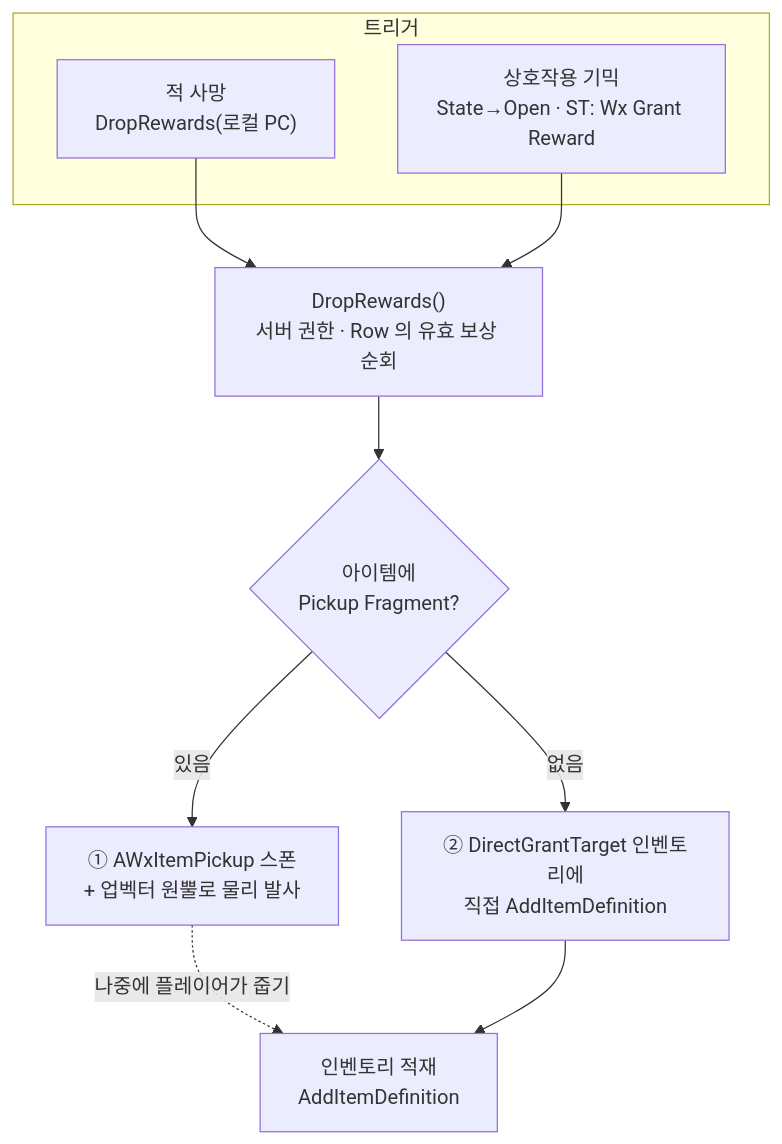
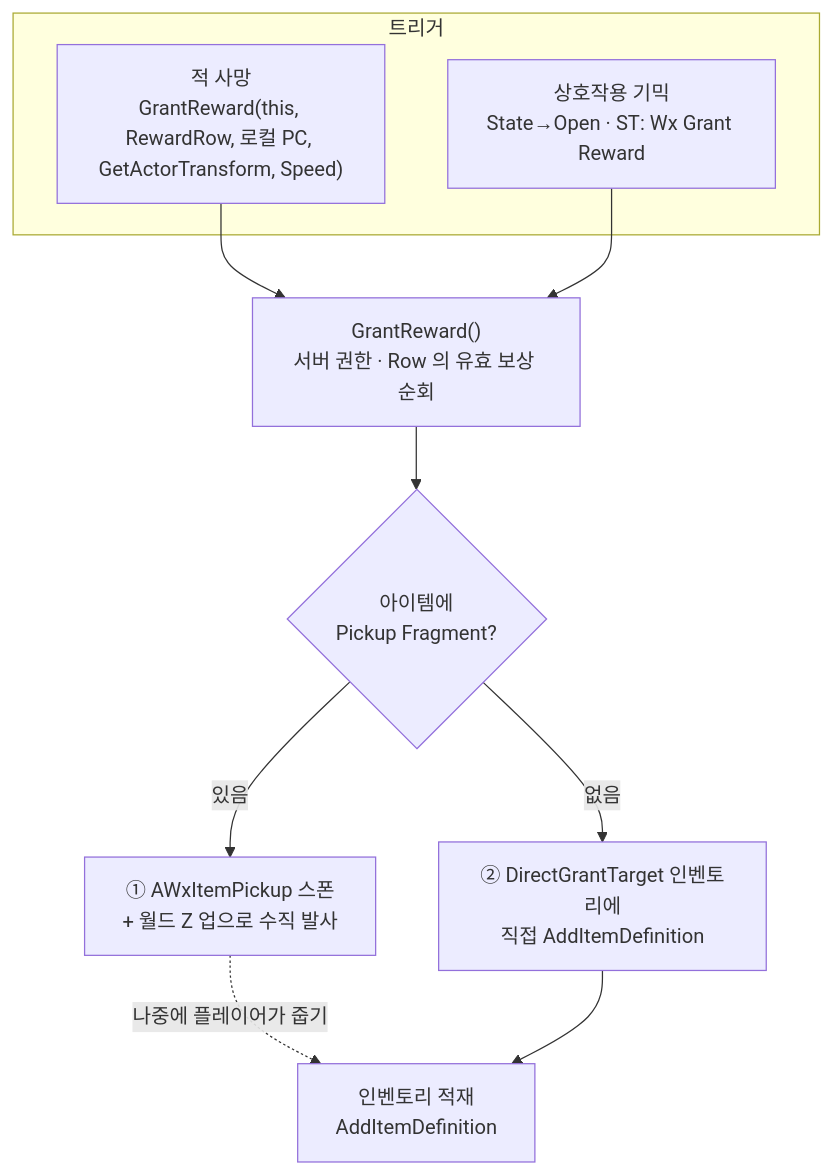
The first of 3 diagrams in Docs/Programmer/Reward_Grant_Flow.md (Woogl/ProjectWx), drawn with Mermaid before and after one commit. The commit also changed other lines of this file and 13 other files, not shown here.

````diff
--- a/Docs/Programmer/Reward_Grant_Flow.md
+++ b/Docs/Programmer/Reward_Grant_Flow.md
@@ -21,19 +21,19 @@
 ```mermaid
 flowchart TD
     subgraph 트리거
-        Death["적 사망<br/>DropRewards(로컬 PC)"]
+        Death["적 사망<br/>GrantReward(this, RewardRow, 로컬 PC, GetActorTransform, Speed)"]
         Interact["상호작용 기믹<br/>State→Open · ST: Wx Grant Reward"]
     end
 
-    Death --> Drop
-    Interact --> Drop
+    Death --> Grant
+    Interact --> Grant
 
-    Drop["DropRewards()<br/>서버 권한 · Row 의 유효 보상 순회"]
-    Drop --> Q{"아이템에<br/>Pickup Fragment?"}
+    Grant["GrantReward()<br/>서버 권한 · Row 의 유효 보상 순회"]
+    Grant --> Q{"아이템에<br/>Pickup Fragment?"}
 
-    Q -- 있음 --> Spawn["① AWxItemPickup 스폰<br/>+ 업벡터 원뿔로 물리 발사"]
-    Q -- 없음 --> Grant["② DirectGrantTarget 인벤토리에<br/>직접 AddItemDefinition"]
+    Q -- 있음 --> Spawn["① AWxItemPickup 스폰<br/>+ 월드 Z 업으로 수직 발사"]
+    Q -- 없음 --> Direct["② DirectGrantTarget 인벤토리에<br/>직접 AddItemDefinition"]
 
     Spawn -. 나중에 플레이어가 줍기 .-> Add
-    Grant --> Add["인벤토리 적재<br/>AddItemDefinition"]
+    Direct --> Add["인벤토리 적재<br/>AddItemDefinition"]
 ```
````
